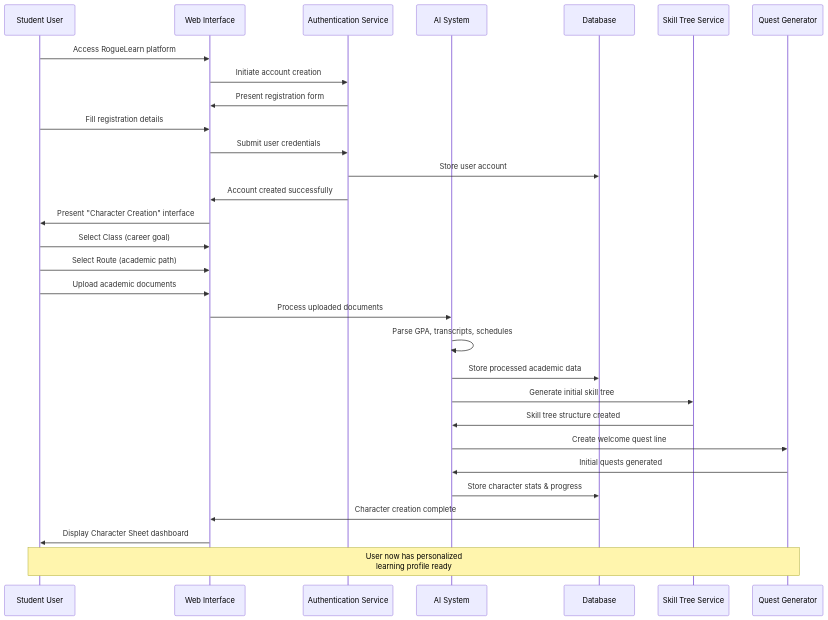
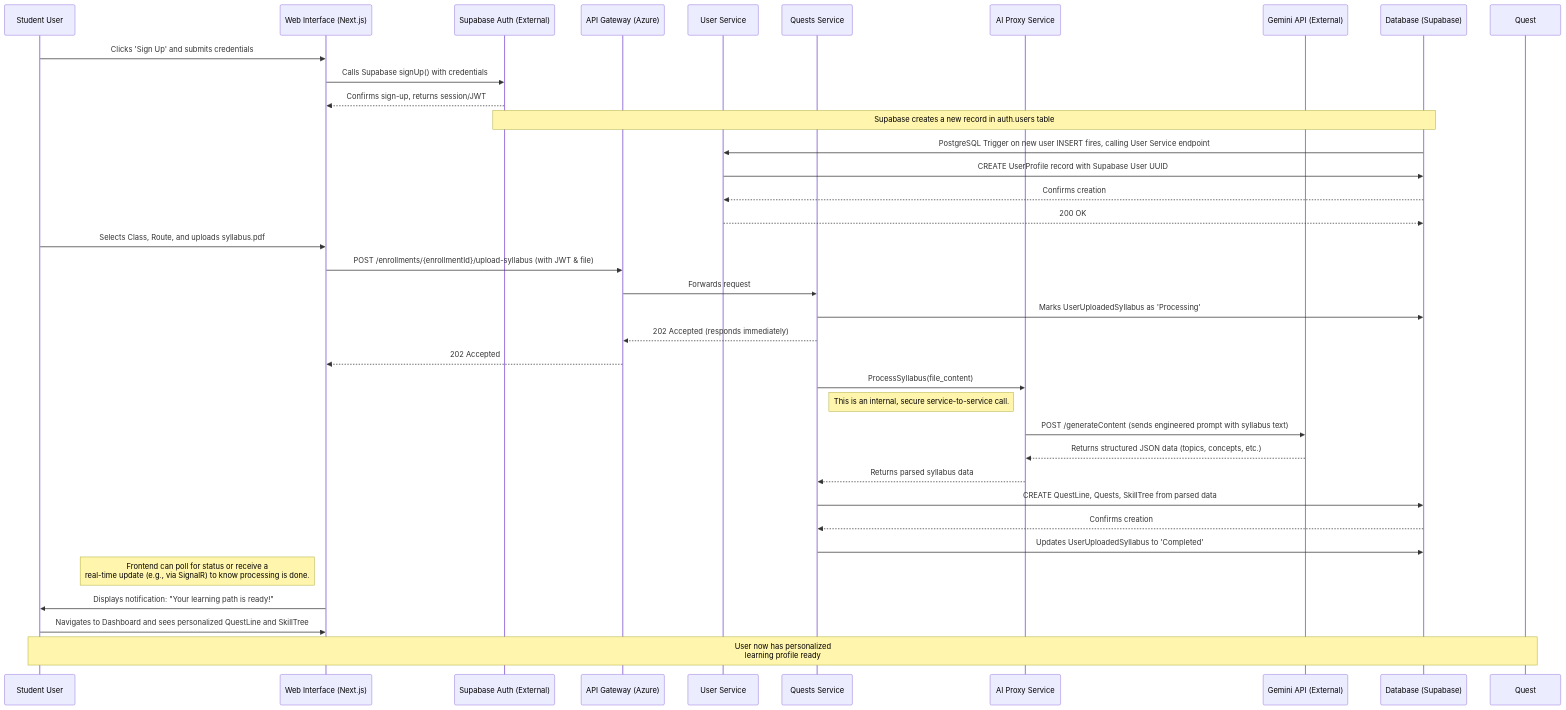
Before and after one commit to FA25SE050-RogueLearn/RogueLearn.BMAD.Documentation: the diagram in mermaid-diagrams/sequence/01-student-onboarding.md, drawn with Mermaid. The commit also changed 9 other files, not shown here.

Commit message:
update: all sequence diagrams to suit new database schema

````diff
--- a/mermaid-diagrams/sequence/01-student-onboarding.md
+++ b/mermaid-diagrams/sequence/01-student-onboarding.md
@@ -3,39 +3,54 @@
 ```mermaid
 sequenceDiagram
     participant U as Student User
-    participant UI as Web Interface
-    participant Auth as Authentication Service
-    participant AI as AI System
-    participant DB as Database
-    participant STree as Skill Tree Service
-    participant Quest as Quest Generator
+    participant UI as Web Interface (Next.js)
+    participant SupabaseAuth as Supabase Auth (External)
+    participant APIGateway as API Gateway (Azure)
+    participant UserService as User Service
+    participant QuestsService as Quests Service
+    participant AIProxyService as AI Proxy Service
+    participant Gemini as Gemini API (External)
+    participant Database as Database (Supabase)
 
-    U->>UI: Access RogueLearn platform
-    UI->>Auth: Initiate account creation
-    Auth->>UI: Present registration form
+    %% Step 1: User Registration via Supabase SDK %%
+    U->>UI: Clicks 'Sign Up' and submits credentials
+    UI->>SupabaseAuth: Calls Supabase signUp() with credentials
+    SupabaseAuth-->>UI: Confirms sign-up, returns session/JWT
     
-    U->>UI: Fill registration details
-    UI->>Auth: Submit user credentials
-    Auth->>DB: Store user account
-    Auth->>UI: Account created successfully
+    %% Step 2: Backend Profile Creation via DB Trigger %%
+    Note over SupabaseAuth, Database: Supabase creates a new record in auth.users table
+    Database->>UserService: PostgreSQL Trigger on new user INSERT fires, calling User Service endpoint
+    UserService->>Database: CREATE UserProfile record with Supabase User UUID
+    Database-->>UserService: Confirms creation
+    UserService-->>Database: 200 OK
     
-    UI->>U: Present "Character Creation" interface
-    U->>UI: Select Class (career goal)
-    U->>UI: Select Route (academic path)
+    %% Step 3: User completes onboarding and uploads syllabus %%
+    U->>UI: Selects Class, Route, and uploads syllabus.pdf
+    UI->>APIGateway: POST /enrollments/{enrollmentId}/upload-syllabus (with JWT & file)
+    APIGateway->>QuestsService: Forwards request
     
-    U->>UI: Upload academic documents
-    UI->>AI: Process uploaded documents
-    AI->>AI: Parse GPA, transcripts, schedules
-    AI->>DB: Store processed academic data
+    %% Step 4: QuestsService orchestrates asynchronous AI processing %%
+    QuestsService->>Database: Marks UserUploadedSyllabus as 'Processing'
+    QuestsService-->>APIGateway: 202 Accepted (responds immediately)
+    APIGateway-->>UI: 202 Accepted
     
-    AI->>STree: Generate initial skill tree
-    STree->>AI: Skill tree structure created
-    AI->>Quest: Create welcome quest line
-    Quest->>AI: Initial quests generated
+    QuestsService->>AIProxyService: ProcessSyllabus(file_content)
+    Note right of QuestsService: This is an internal, secure service-to-service call.
+
+    %% Step 5: AI Proxy handles the LLM interaction %%
+    AIProxyService->>Gemini: POST /generateContent (sends engineered prompt with syllabus text)
+    Gemini-->>AIProxyService: Returns structured JSON data (topics, concepts, etc.)
+    AIProxyService-->>QuestsService: Returns parsed syllabus data
     
-    AI->>DB: Store character stats & progress
-    DB->>UI: Character creation complete
-    UI->>U: Display Character Sheet dashboard
+    %% Step 6: QuestsService creates the gamified content in the database %%
+    QuestsService->>Database: CREATE QuestLine, Quests, SkillTree from parsed data
+    Database-->>QuestsService: Confirms creation
+    QuestsService->>Database: Updates UserUploadedSyllabus to 'Completed'
     
+    %% Step 7: Frontend is notified of completion and user sees the result %%
+    Note left of UI: Frontend can poll for status or receive a<br/>real-time update (e.g., via SignalR) to know processing is done.
+    UI->>U: Displays notification: "Your learning path is ready!"
+    U->>UI: Navigates to Dashboard and sees personalized QuestLine and SkillTree
+
     Note over U,Quest: User now has personalized<br/>learning profile ready
 ```
````
